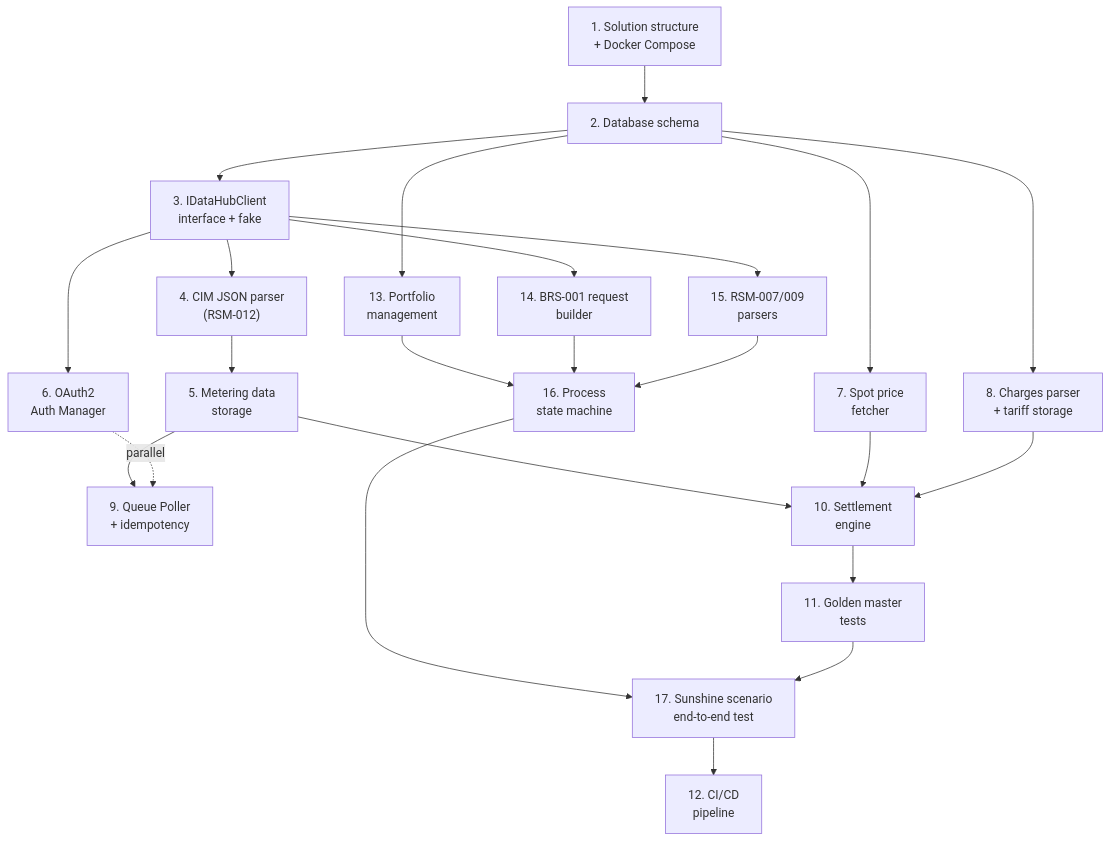
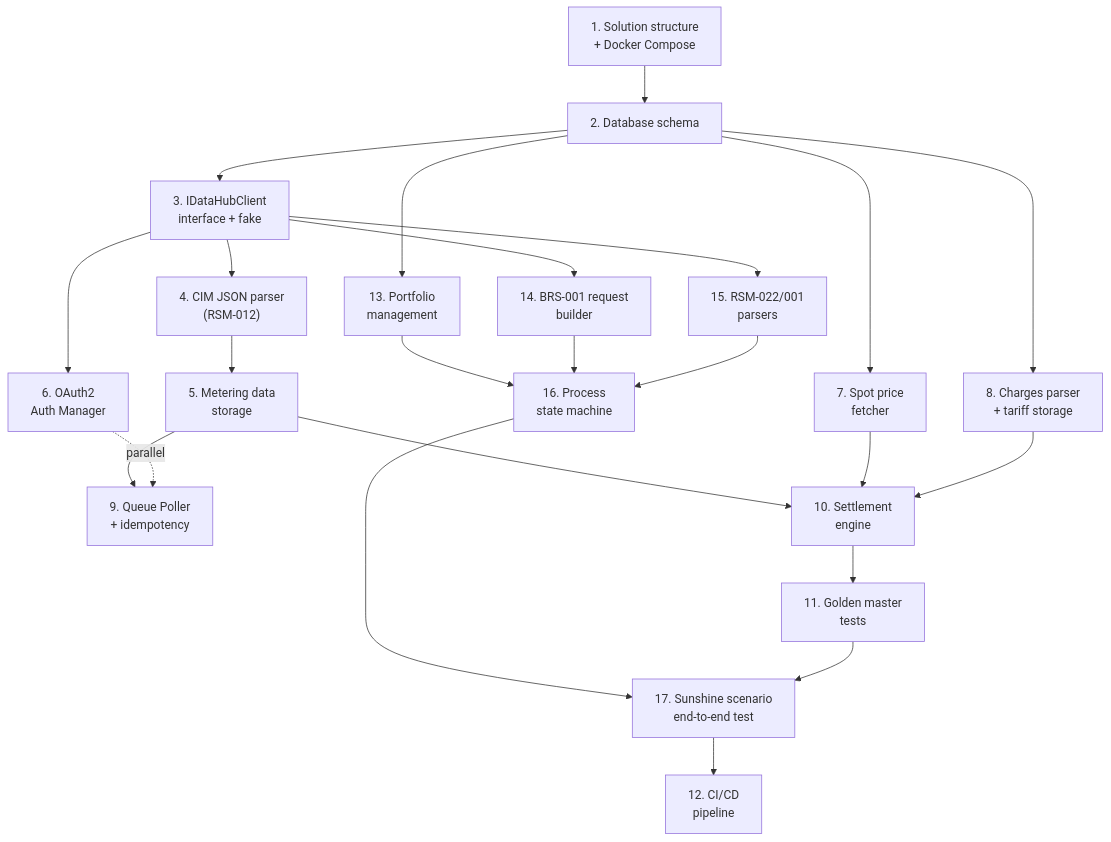
Before and after one commit to kloppnr1/DataHub.Exploration: the diagram in docs/5-planning/mvp1-implementation-plan.md, drawn with Mermaid. The commit also changed other lines of this file and 8 other files, not shown here.

````diff
--- a/docs/5-planning/mvp1-implementation-plan.md
+++ b/docs/5-planning/mvp1-implementation-plan.md
@@ -59,27 +59,27 @@
 ```mermaid
 flowchart TD
     A["1. Solution structure\n+ Docker Compose"] --> B["2. Database schema"]
     B --> C["3. IDataHubClient\ninterface + fake"]
     C --> D["4. CIM JSON parser\n(RSM-012)"]
     D --> E["5. Metering data\nstorage"]
     C --> F["6. OAuth2\nAuth Manager"]
     B --> G["7. Spot price\nfetcher"]
     B --> H["8. Charges parser\n+ tariff storage"]
     E --> I["9. Queue Poller\n+ idempotency"]
     E --> J["10. Settlement\nengine"]
     G --> J
     H --> J
     J --> K["11. Golden master\ntests"]
 
     B --> M["13. Portfolio\nmanagement"]
     C --> N["14. BRS-001 request\nbuilder"]
-    C --> O["15. RSM-007/009\nparsers"]
+    C --> O["15. RSM-022/001\nparsers"]
     M --> P["16. Process\nstate machine"]
     N --> P
     O --> P
     P --> Q["17. Sunshine scenario\nend-to-end test"]
     K --> Q
     Q --> L["12. CI/CD\npipeline"]
 
     F -.->|"parallel"| I
 ```
````
